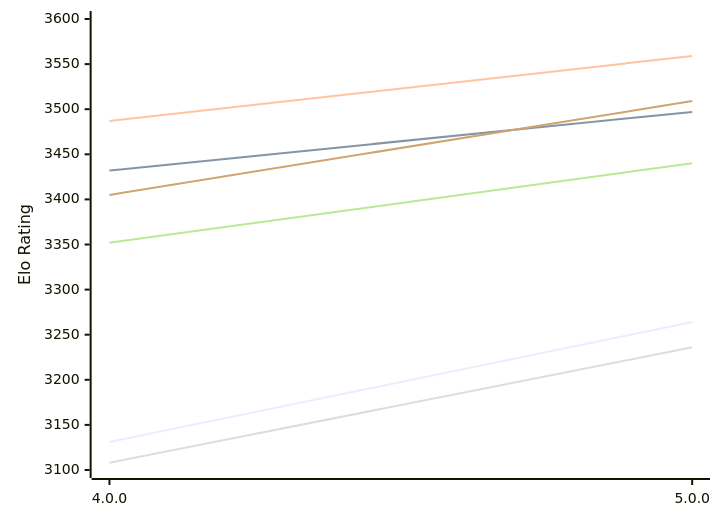
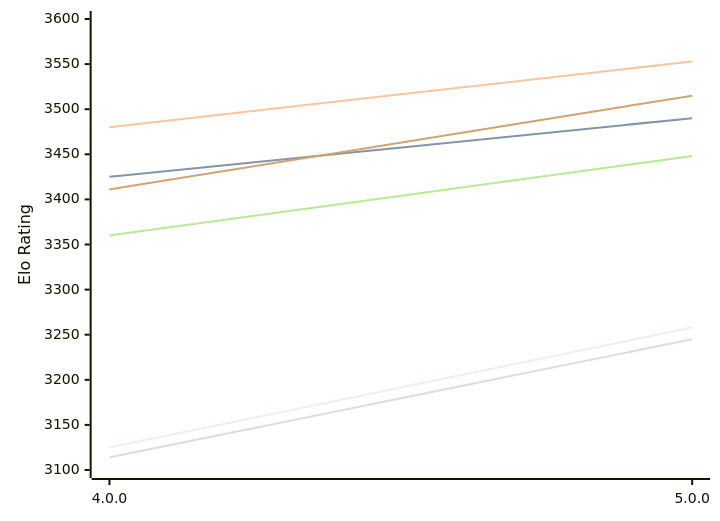
Before and after one commit to computer-chess-index/cci: the first of 2 diagrams in engines/Avalanche.md, drawn with Mermaid. The commit also changed other lines of this file, not shown here.

Commit message:
Update CCI Ratings (ELO VLTC) - 2026-11-18

````diff
--- a/engines/Avalanche.md
+++ b/engines/Avalanche.md
@@ -50,12 +50,12 @@
 ```mermaid
 %%{init: {"theme":"base","themeVariables":{"seriesColors:['#a3a3a3','#222221','#faa371']}}}%%
 xychart-beta
   x-axis ["4.0.0", "5.0.0"]
   y-axis "Elo Rating" 3100 --> 3600
-  line "E1: STC (8.0+0.08s)" [3131, 3264]
-  line "E1: LTC (60.0+0.60s)" [3432, 3497]
-  line "E1: VLTC (2m24s+1.12s)" [3487, 3559]
-  line "P1: STC (8.0+0.08s)" [3108, 3236]
-  line "P1: LTC (60.0+0.60s)" [3352, 3440]
-  line "P1: VLTC (2m24s+1.12s)" [3405, 3509]
+  line "E1: STC (8.0+0.08s)" [3125, 3258]
+  line "E1: LTC (60.0+0.60s)" [3425, 3490]
+  line "E1: VLTC (2m24s+1.12s)" [3480, 3553]
+  line "P1: STC (8.0+0.08s)" [3114, 3245]
+  line "P1: LTC (60.0+0.60s)" [3360, 3448]
+  line "P1: VLTC (2m24s+1.12s)" [3411, 3515]
 ```
````
